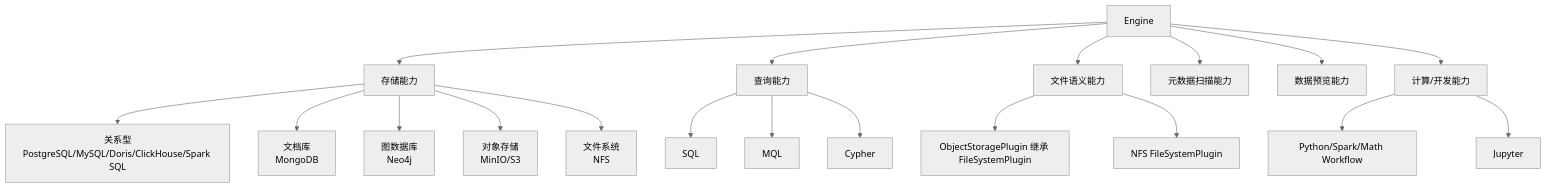
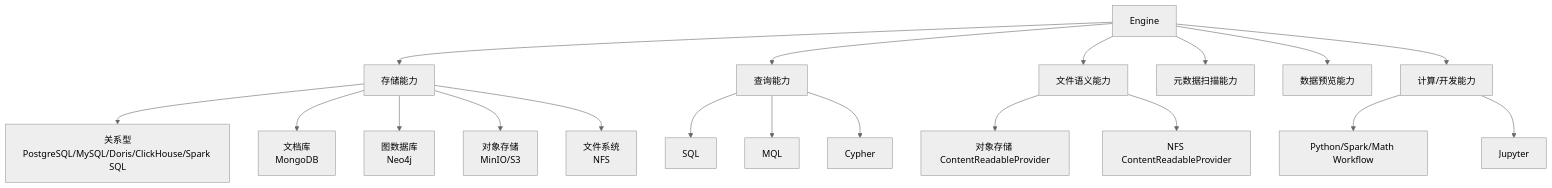
The sixth of 8 diagrams in docs/concepts/addp引擎体系图.md (pampa0629/addp), drawn with Mermaid (neutral theme) before and after one commit. The commit also changed other lines of this file and 124 other files, not shown here.

````diff
--- a/docs/concepts/addp引擎体系图.md
+++ b/docs/concepts/addp引擎体系图.md
@@ -380,27 +379,27 @@
 ```mermaid
 graph TB
     Engine[Engine]
 
     Engine --> Storage[存储能力]
     Engine --> Query[查询能力]
     Engine --> File[文件语义能力]
     Engine --> Metadata[元数据扫描能力]
     Engine --> Preview[数据预览能力]
     Engine --> Compute[计算/开发能力]
 
     Storage --> RelDB[关系型<br/>PostgreSQL/MySQL/Doris/ClickHouse/Spark SQL]
     Storage --> DocDB[文档库<br/>MongoDB]
     Storage --> GraphDB[图数据库<br/>Neo4j]
     Storage --> ObjectStore[对象存储<br/>MinIO/S3]
     Storage --> FSStore[文件系统<br/>NFS]
 
     Query --> SQL[SQL]
     Query --> MQL[MQL]
     Query --> Cypher[Cypher]
 
-    File --> ObjectFS[ObjectStoragePlugin 继承 FileSystemPlugin]
-    File --> NativeFS[NFS FileSystemPlugin]
+    File --> ObjectFS[对象存储 ContentReadableProvider]
+    File --> NativeFS[NFS ContentReadableProvider]
 
     Compute --> Workflow[Python/Spark/Math Workflow]
     Compute --> Notebook[Jupyter]
 ```
````
